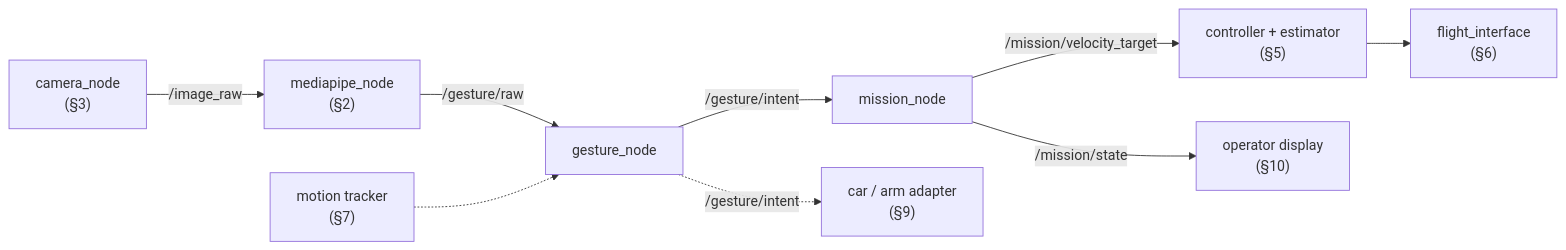
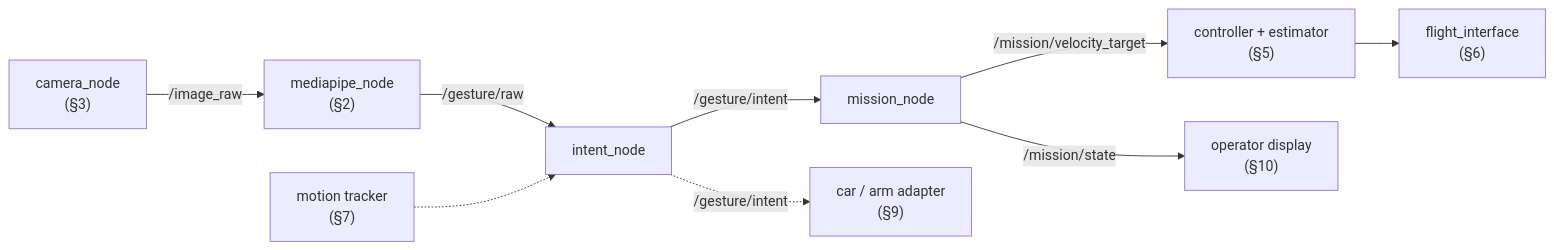
The first of 2 diagrams in docs/PraticalPlan/06 Gestures/05 Future Nodes.md (SEAME-pt/SEA-ME_Team1_ROSRangers), drawn with Mermaid before and after one commit. The commit also changed other lines of this file and 21 other files, not shown here.

````diff
--- a/docs/PraticalPlan/06 Gestures/05 Future Nodes.md
+++ b/docs/PraticalPlan/06 Gestures/05 Future Nodes.md
@@ -24,11 +24,11 @@
 ```mermaid
 flowchart LR
   CAM["camera_node<br/>(§3)"] -->|/image_raw| MP["mediapipe_node<br/>(§2)"]
-  MP -->|/gesture/raw| GN[gesture_node]
+  MP -->|/gesture/raw| GN[intent_node]
   MT["motion tracker<br/>(§7)"] -.-> GN
   GN -->|/gesture/intent| MN[mission_node]
   GN -.->|/gesture/intent| AD["car / arm adapter<br/>(§9)"]
   MN -->|/mission/velocity_target| CTL["controller + estimator<br/>(§5)"]
   CTL --> FI["flight_interface<br/>(§6)"]
   MN -->|/mission/state| UI["operator display<br/>(§10)"]
 ```
````
